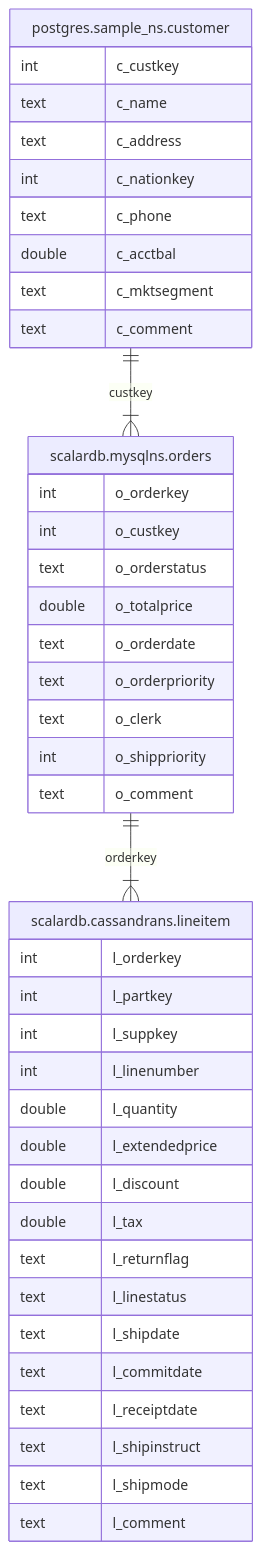
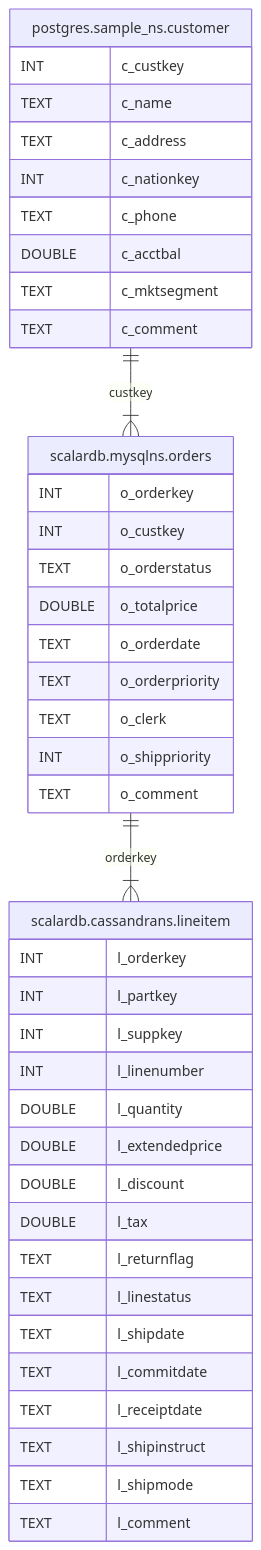
Before and after one commit to scalar-labs/docs-scalardb: the diagram in i18n/versioned_docs/ja-jp/docusaurus-plugin-content-docs/version-3.18/scalardb-analytics/quickstart.mdx, drawn with Mermaid. The commit also changed 9 other files, not shown here.

````diff
--- a/i18n/versioned_docs/ja-jp/docusaurus-plugin-content-docs/version-3.18/scalardb-analytics/quickstart.mdx
+++ b/i18n/versioned_docs/ja-jp/docusaurus-plugin-content-docs/version-3.18/scalardb-analytics/quickstart.mdx
@@ -253,44 +253,44 @@
 ```mermaid
 erDiagram
     "postgres.sample_ns.customer" ||--|{ "scalardb.mysqlns.orders" : "custkey"
     "postgres.sample_ns.customer" {
-      int c_custkey
-      text c_name
-      text c_address
-      int c_nationkey
-      text c_phone
-      double c_acctbal
-      text c_mktsegment
-      text c_comment
+      INT c_custkey
+      TEXT c_name
+      TEXT c_address
+      INT c_nationkey
+      TEXT c_phone
+      DOUBLE c_acctbal
+      TEXT c_mktsegment
+      TEXT c_comment
     }
     "scalardb.mysqlns.orders"  ||--|{ "scalardb.cassandrans.lineitem" : "orderkey"
     "scalardb.mysqlns.orders" {
-      int o_orderkey
-      int o_custkey
-      text o_orderstatus
-      double o_totalprice
-      text o_orderdate
-      text o_orderpriority
-      text o_clerk
-      int o_shippriority
-      text o_comment
+      INT o_orderkey
+      INT o_custkey
+      TEXT o_orderstatus
+      DOUBLE o_totalprice
+      TEXT o_orderdate
+      TEXT o_orderpriority
+      TEXT o_clerk
+      INT o_shippriority
+      TEXT o_comment
     }
     "scalardb.cassandrans.lineitem" {
-     int l_orderkey
-     int l_partkey
-     int l_suppkey
-     int l_linenumber
-     double l_quantity
-     double l_extendedprice
-     double l_discount
-     double l_tax
-     text l_returnflag
-     text l_linestatus
-     text l_shipdate
-     text l_commitdate
-     text l_receiptdate
-     text l_shipinstruct
-     text l_shipmode
-     text l_comment
+     INT l_orderkey
+     INT l_partkey
+     INT l_suppkey
+     INT l_linenumber
+     DOUBLE l_quantity
+     DOUBLE l_extendedprice
+     DOUBLE l_discount
+     DOUBLE l_tax
+     TEXT l_returnflag
+     TEXT l_linestatus
+     TEXT l_shipdate
+     TEXT l_commitdate
+     TEXT l_receiptdate
+     TEXT l_shipinstruct
+     TEXT l_shipmode
+     TEXT l_comment
     }
 ```
````
